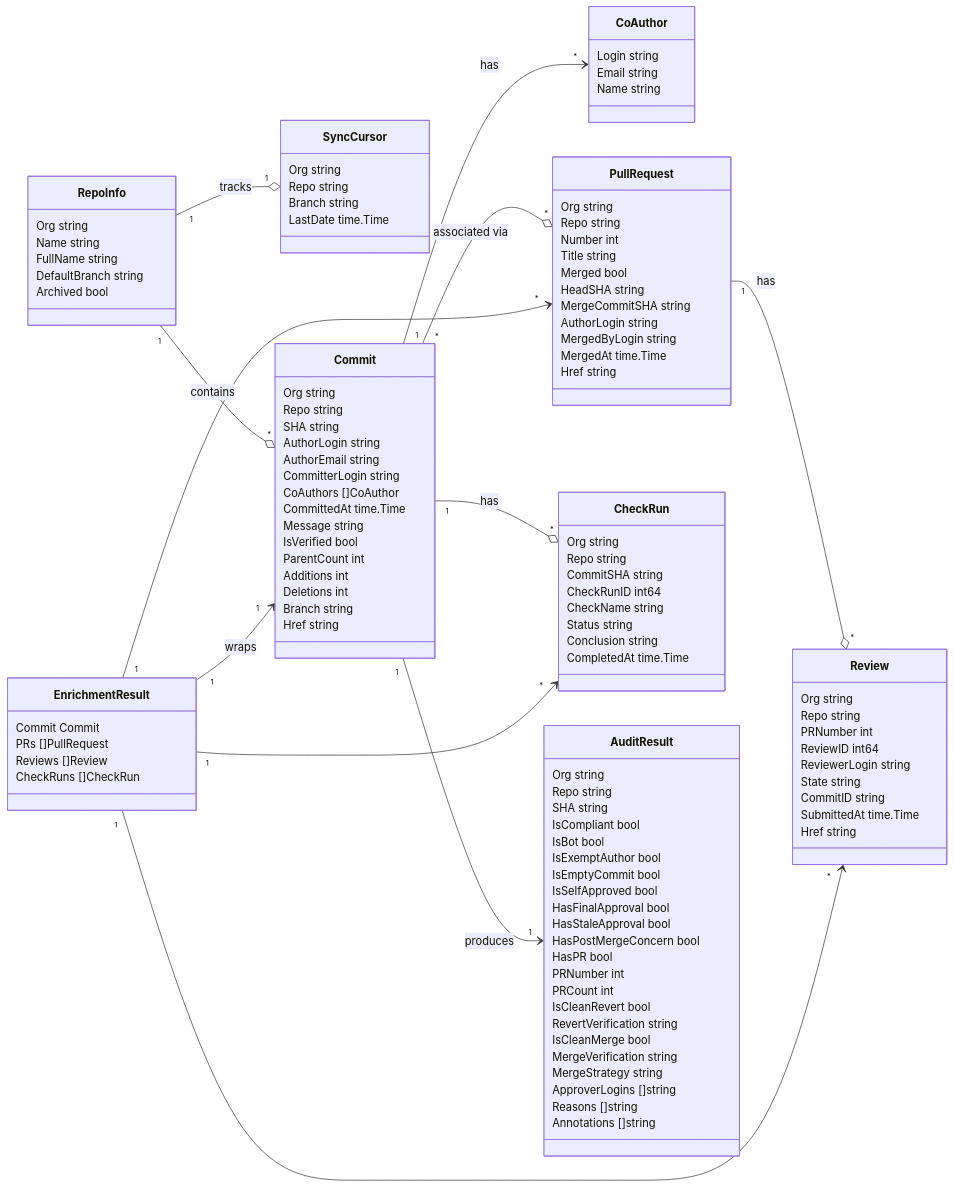
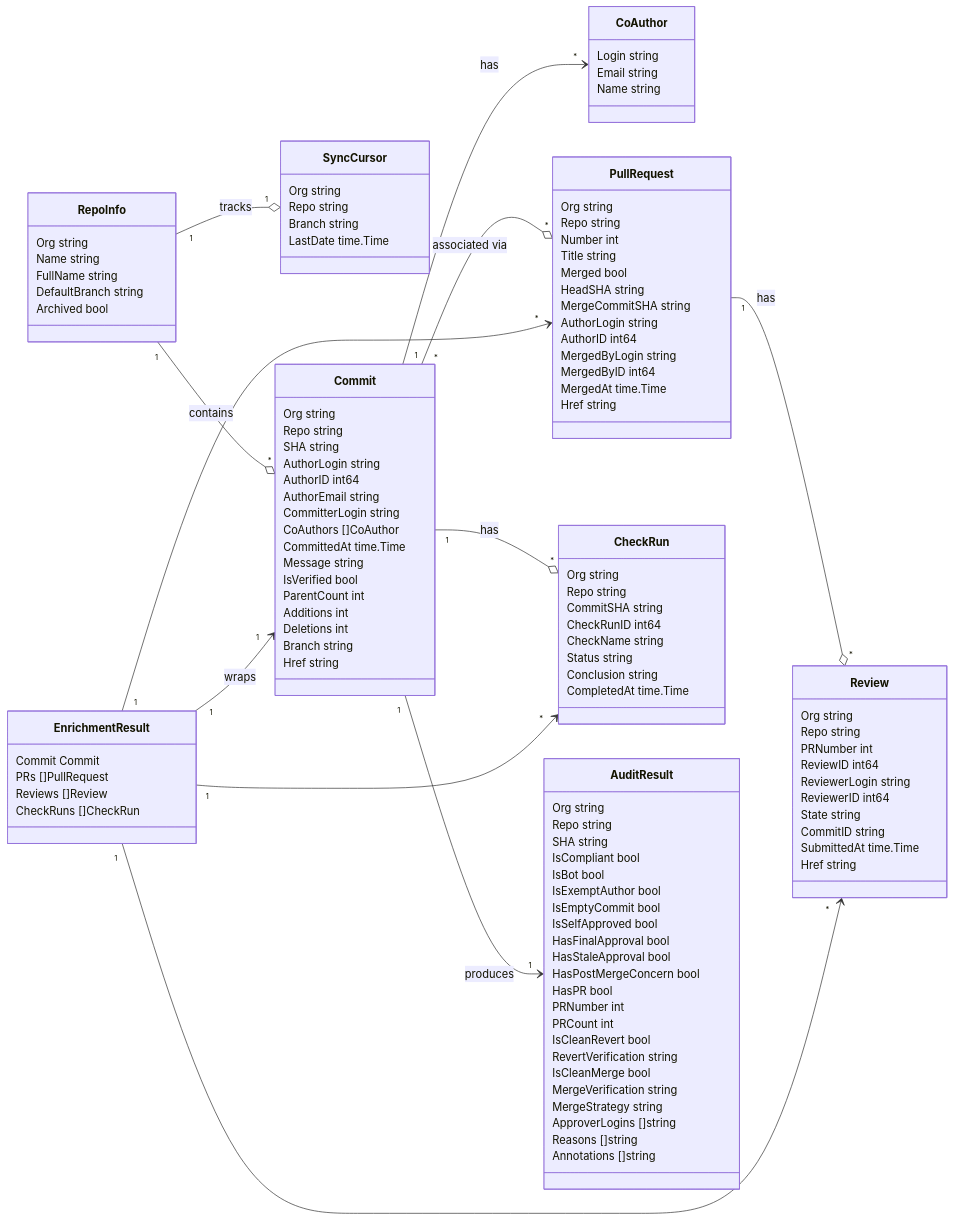
One commit to stefanpenner/gh-audit changed the diagram in internal/model/README.md. Above: the diagram before and after it, drawn with Mermaid. The commit also changed 8 other files, not shown here.

```diff
--- a/internal/model/README.md
+++ b/internal/model/README.md
@@ -34,6 +34,7 @@
         Repo string
         SHA string
         AuthorLogin string
+        AuthorID int64
         AuthorEmail string
         CommitterLogin string
         CoAuthors []CoAuthor
@@ -56,7 +57,9 @@
         HeadSHA string
         MergeCommitSHA string
         AuthorLogin string
+        AuthorID int64
         MergedByLogin string
+        MergedByID int64
         MergedAt time.Time
         Href string
     }
@@ -67,6 +70,7 @@
         PRNumber int
         ReviewID int64
         ReviewerLogin string
+        ReviewerID int64
         State string
         CommitID string
         SubmittedAt time.Time
```
